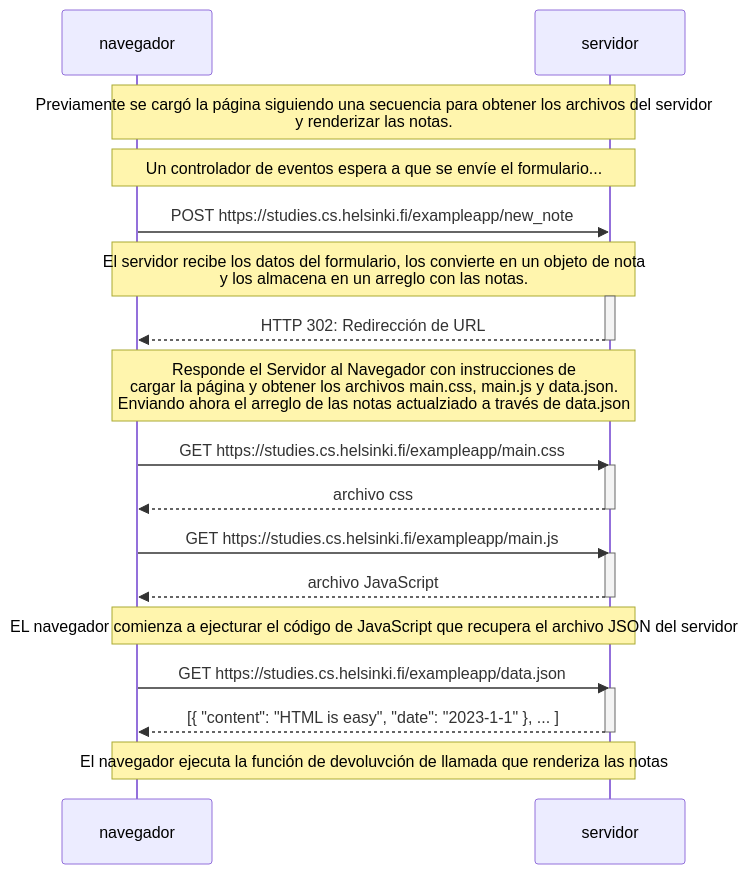
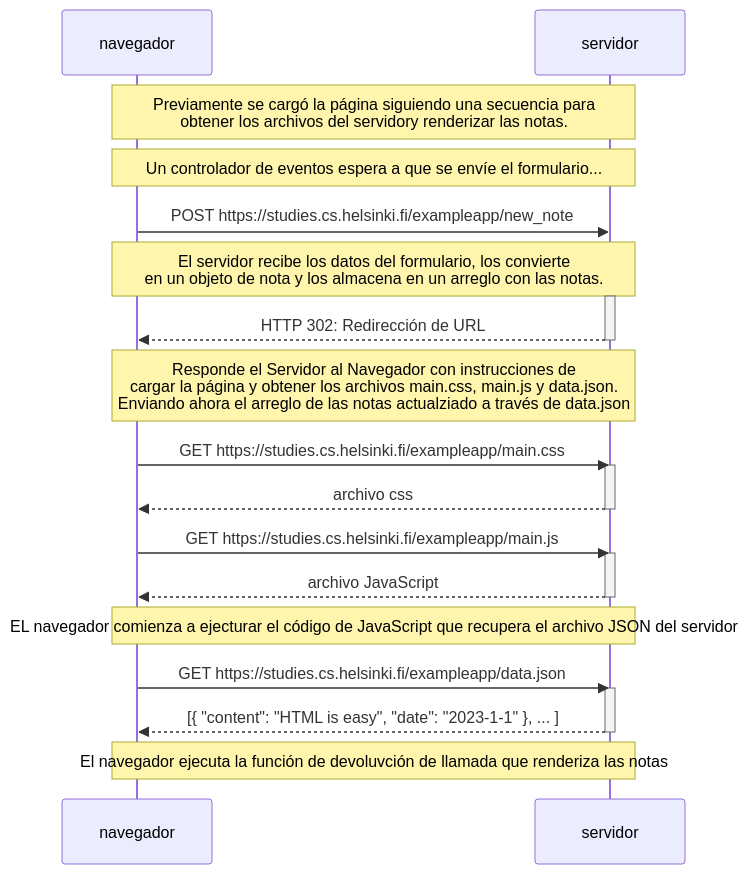
Before and after one commit to CuteLoop/fullstack-open: the diagram in parte-0/ejercicio-0.4.mmd, drawn with Mermaid.

```diff
--- a/parte-0/ejercicio-0.4.mmd
+++ b/parte-0/ejercicio-0.4.mmd
@@ -1,34 +1,34 @@
 sequenceDiagram
     participant navegador
     participant servidor
 
-    Note over navegador,servidor: Previamente se cargó la página siguiendo una secuencia para obtener los archivos del servidor<br/> y renderizar las notas.
+    Note over navegador,servidor: Previamente se cargó la página siguiendo una secuencia para <br/> obtener los archivos del servidory renderizar las notas.
     Note over navegador,servidor: Un controlador de eventos espera a que se envíe el formulario...
 
     navegador->>servidor: POST https://studies.cs.helsinki.fi/exampleapp/new_note
-    Note over navegador,servidor: El servidor recibe los datos del formulario, los convierte en un objeto de nota<br/> y los almacena en un arreglo con las notas.
+    Note over navegador,servidor: El servidor recibe los datos del formulario, los convierte <br/> en un objeto de nota y los almacena en un arreglo con las notas.
     
     activate servidor
     servidor-->>navegador: HTTP 302: Redirección de URL
     deactivate servidor
 
    Note over navegador,servidor: Responde el Servidor al Navegador con instrucciones de <br/> cargar la página y obtener los archivos main.css, main.js y data.json. <br/>Enviando ahora el arreglo de las notas actualziado a través de data.json
 
     navegador->>servidor: GET https://studies.cs.helsinki.fi/exampleapp/main.css
     activate servidor
     servidor-->>navegador: archivo css
     deactivate servidor
 
     navegador->>servidor: GET https://studies.cs.helsinki.fi/exampleapp/main.js
     activate servidor
     servidor-->>navegador: archivo JavaScript
     deactivate servidor
 
     Note over navegador,servidor: EL navegador comienza a ejecturar el código de JavaScript que recupera el archivo JSON del servidor
 
     navegador->>servidor: GET https://studies.cs.helsinki.fi/exampleapp/data.json
     activate servidor
     servidor-->>navegador: [{ "content": "HTML is easy", "date": "2023-1-1" }, ... ]
     deactivate servidor
 
    Note over navegador,servidor: El navegador ejecuta la función de devoluvción de llamada que renderiza las notas
```
